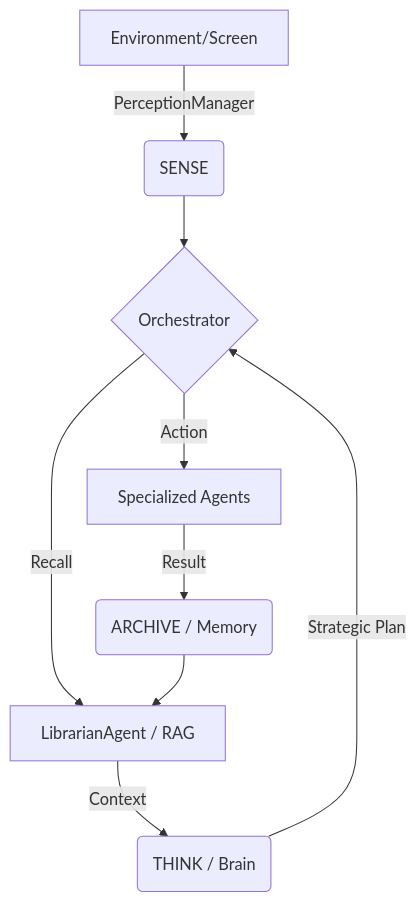
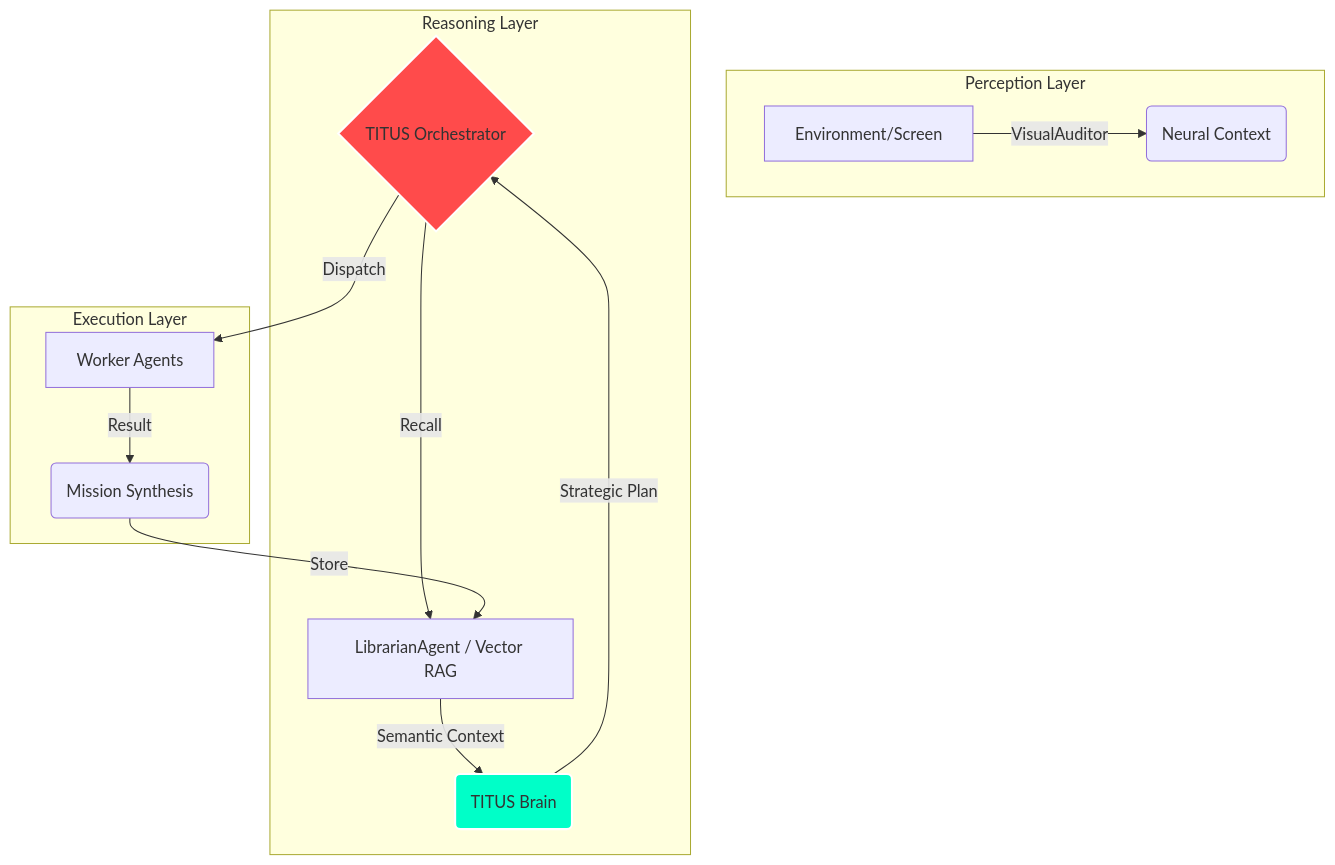
Before and after one commit to Bosniack-94/TITUS-AI: the diagram in README.md, drawn with Mermaid. The commit also changed other lines of this file and 1 other file, not shown here.

Commit message:
Branding: Premium Hero Banners, Architecture Diagrams & Aligned Aesthetic

````diff
--- a/README.md
+++ b/README.md
@@ -10,11 +25,21 @@
 ```mermaid
 graph TD
-    A[Environment/Screen] -->|PerceptionManager| B(SENSE)
-    B --> C{Orchestrator}
-    C -->|Recall| D[LibrarianAgent / RAG]
-    D -->|Context| E(THINK / Brain)
+    subgraph SENSE [Perception Layer]
+    A[Environment/Screen] -->|VisualAuditor| B(Neural Context)
+    end
+
+    subgraph THINK [Reasoning Layer]
+    C{TITUS Orchestrator} -->|Recall| D[LibrarianAgent / Vector RAG]
+    D -->|Semantic Context| E(TITUS Brain)
     E -->|Strategic Plan| C
-    C -->|Action| F[Specialized Agents]
-    F -->|Result| G(ARCHIVE / Memory)
-    G --> D
+    end
+
+    subgraph ACT [Execution Layer]
+    C -->|Dispatch| F[Worker Agents]
+    F -->|Result| G(Mission Synthesis)
+    G -->|Store| D
+    end
+
+    style C fill:#ff4b4b,stroke:#fff,stroke-width:2px
+    style E fill:#00ffc8,stroke:#fff,stroke-width:2px
 ```
````
